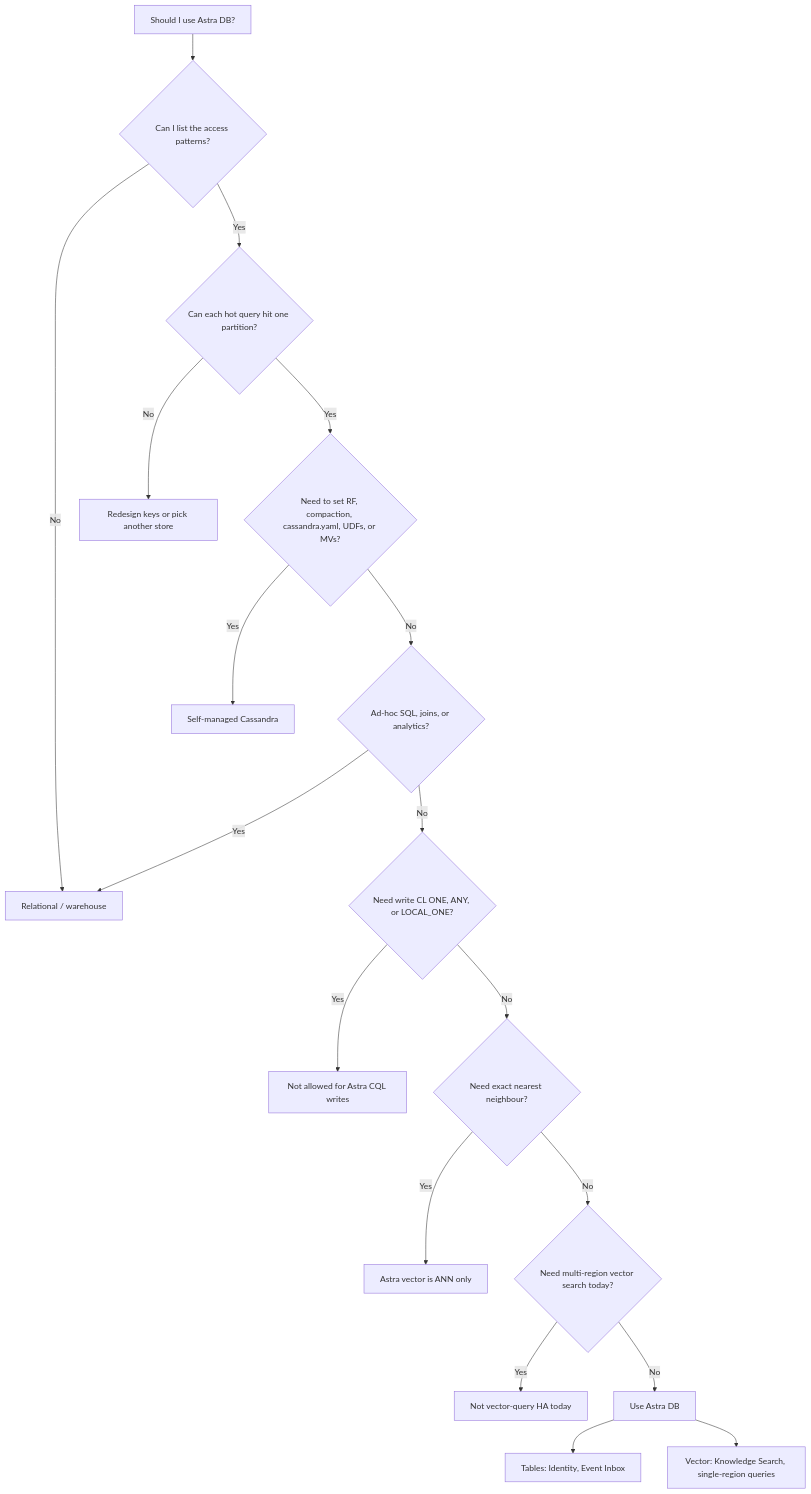
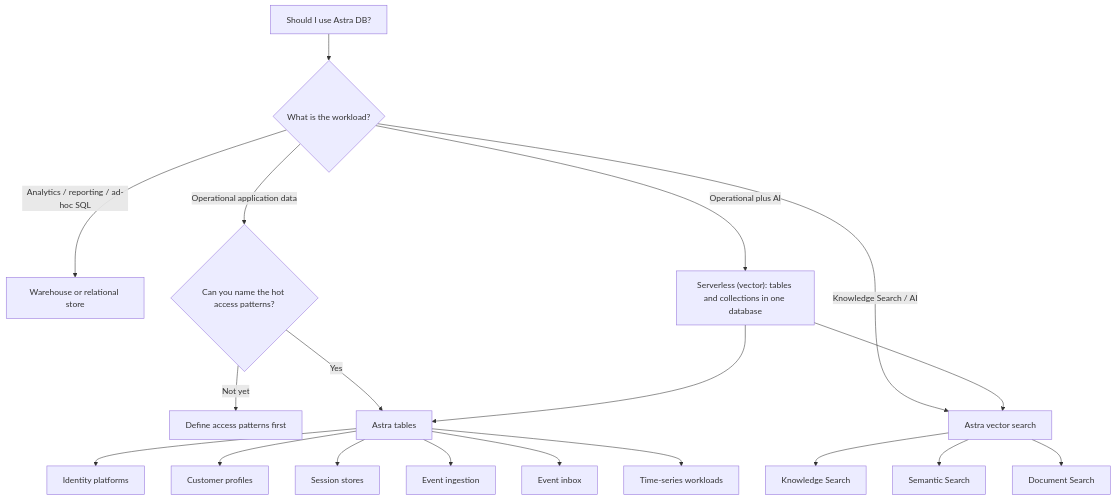
Before and after one commit to difli/astra-db-enablement: the first of 2 diagrams in 01-why-astra-db/why-astra-db.md, drawn with Mermaid. The commit also changed other lines of this file and 1 other file, not shown here.

Commit message:
added astra to oracle assessment

````diff
--- a/01-why-astra-db/why-astra-db.md
+++ b/01-why-astra-db/why-astra-db.md
@@ -32,20 +32,25 @@
 ```mermaid
 flowchart TD
-  start["Should I use Astra DB?"] --> known{"Can I list the access patterns?"}
-  known -->|No| rdb["Relational / warehouse"]
-  known -->|Yes| part{"Can each hot query hit one partition?"}
-  part -->|No| redesign["Redesign keys or pick another store"]
-  part -->|Yes| ops{"Need to set RF, compaction, cassandra.yaml, UDFs, or MVs?"}
-  ops -->|Yes| cass["Self-managed Cassandra"]
-  ops -->|No| analytic{"Ad-hoc SQL, joins, or analytics?"}
-  analytic -->|Yes| rdb
-  analytic -->|No| cl{"Need write CL ONE, ANY, or LOCAL_ONE?"}
-  cl -->|Yes| notcql["Not allowed for Astra CQL writes"]
-  cl -->|No| knn{"Need exact nearest neighbour?"}
-  knn -->|Yes| notvec["Astra vector is ANN only"]
-  knn -->|No| mr{"Need multi-region vector search today?"}
-  mr -->|Yes| notmr["Not vector-query HA today"]
-  mr -->|No| useAstra["Use Astra DB"]
-  useAstra --> tables["Tables: Identity, Event Inbox"]
-  useAstra --> ks["Vector: Knowledge Search, single-region queries"]
+  start["Should I use Astra DB?"] --> work{"What is the workload?"}
+
+  work -->|Analytics / reporting / ad-hoc SQL| warehouse["Warehouse or relational store"]
+
+  work -->|Operational application data| ops{"Can you name the hot access patterns?"}
+  ops -->|Not yet| design["Define access patterns first"]
+  ops -->|Yes| tables["Astra tables"]
+  tables --> id["Identity platforms"]
+  tables --> profiles["Customer profiles"]
+  tables --> sessions["Session stores"]
+  tables --> ingest["Event ingestion"]
+  tables --> inbox["Event inbox"]
+  tables --> ts["Time-series workloads"]
+
+  work -->|Knowledge Search / AI| vec["Astra vector search"]
+  vec --> ks["Knowledge Search"]
+  vec --> semantic["Semantic Search"]
+  vec --> docs["Document Search"]
+
+  work -->|Operational plus AI| both["Serverless (vector): tables and collections in one database"]
+  both --> tables
+  both --> vec
 ```
````
